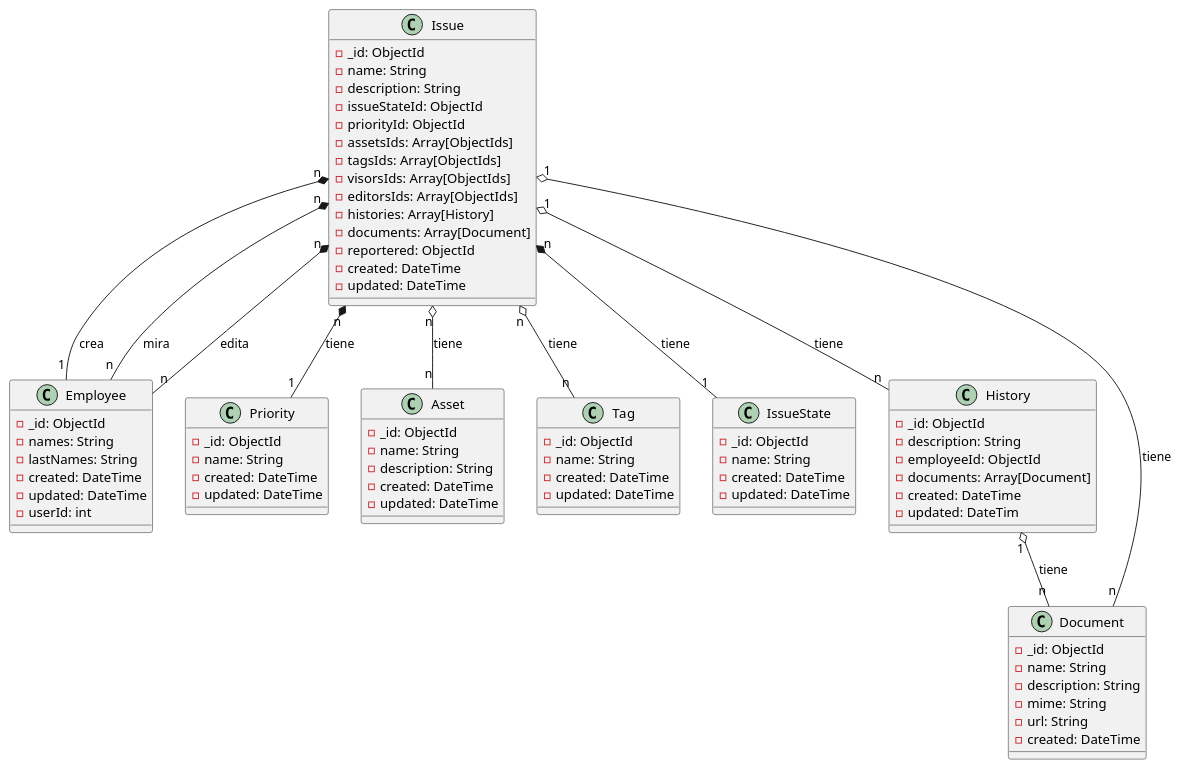
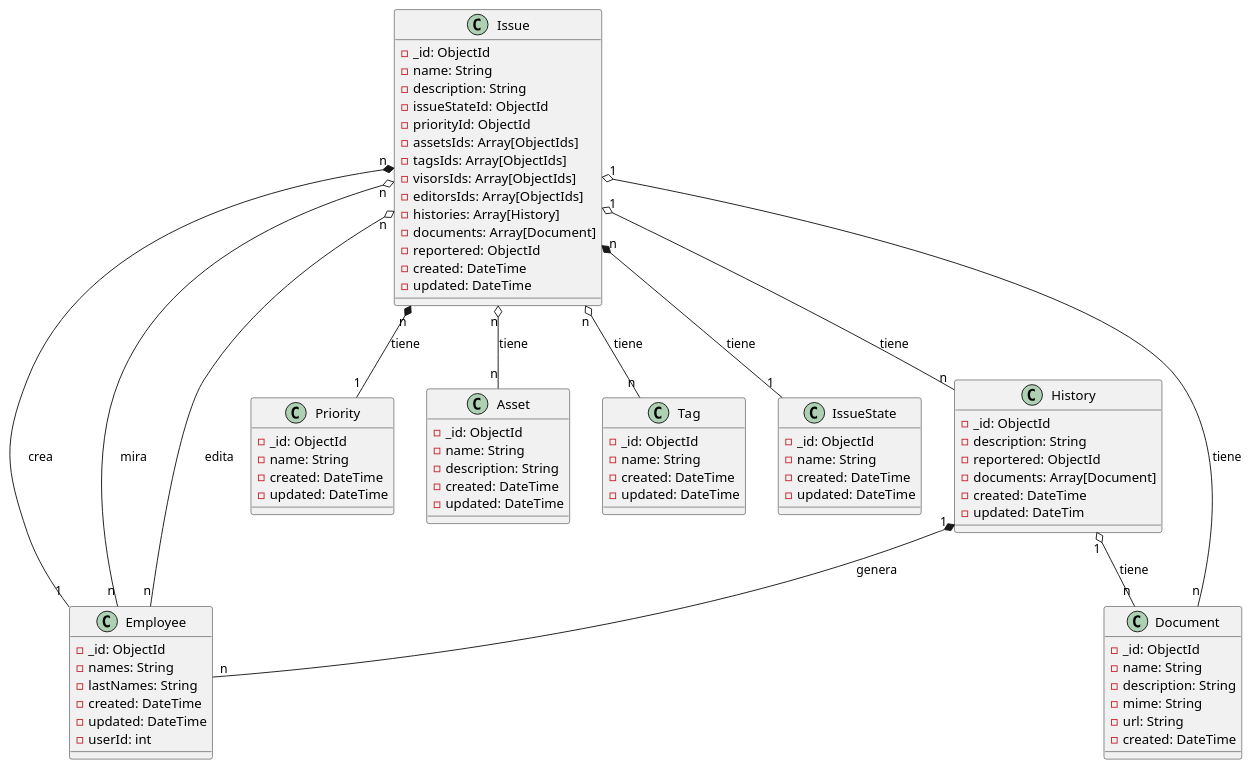
The diagram in docs/class_diagram.puml (pepeul1191/sinatra-tickets-mongodb), drawn with PlantUML before and after one commit. The commit also changed 4 other files, not shown here.

```diff
--- a/docs/class_diagram.puml
+++ b/docs/class_diagram.puml
@@ -1,87 +1,88 @@
 @startuml
 
 class Employee {
   - _id: ObjectId
   - names: String
   - lastNames: String
   - created: DateTime
   - updated: DateTime
   - userId: int
 }
 
 class Priority {
   - _id: ObjectId
   - name: String
   - created: DateTime
   - updated: DateTime
 }
 
 class Asset {
   - _id: ObjectId
   - name: String
   - description: String
   - created: DateTime
   - updated: DateTime
 }
 
 class Tag{
   - _id: ObjectId
   - name: String
   - created: DateTime
   - updated: DateTime
 }
 
 class IssueState {
   - _id: ObjectId
   - name: String
   - created: DateTime
   - updated: DateTime
 }
 
 class Issue {
   - _id: ObjectId
   - name: String
   - description: String
   - issueStateId: ObjectId
   - priorityId: ObjectId
   - assetsIds: Array[ObjectIds]
   - tagsIds: Array[ObjectIds]
   - visorsIds: Array[ObjectIds]
   - editorsIds: Array[ObjectIds]
   - histories: Array[History]
   - documents: Array[Document]
   - reportered: ObjectId
   - created: DateTime
   - updated: DateTime
 }
 
 class History {
   - _id: ObjectId
   - description: String
-  - employeeId: ObjectId
+  - reportered: ObjectId
   - documents: Array[Document]
   - created: DateTime
   - updated: DateTim
 }
 
 class Document {
   - _id: ObjectId
   - name: String
   - description: String
   - mime: String
   - url: String
   - created: DateTime
 }
 
 Issue "n" *-- "1" Employee : crea
-Issue "n" *-- "n" Employee : mira
-Issue "n" *-- "n" Employee : edita
+Issue "n" o-- "n" Employee : mira
+Issue "n" o-- "n" Employee : edita
 Issue "n" *-- "1" IssueState : tiene
 Issue "n" *-- "1" Priority : tiene
 Issue "n" o-- "n" Asset : tiene
 Issue "n" o-- "n" Tag : tiene
 Issue "1" o-- "n" History : tiene
 Issue "1" o-- "n" Document : tiene
 History "1" o-- "n" Document : tiene
+History "1" *-- "n" Employee : genera
 
 @enduml
```
